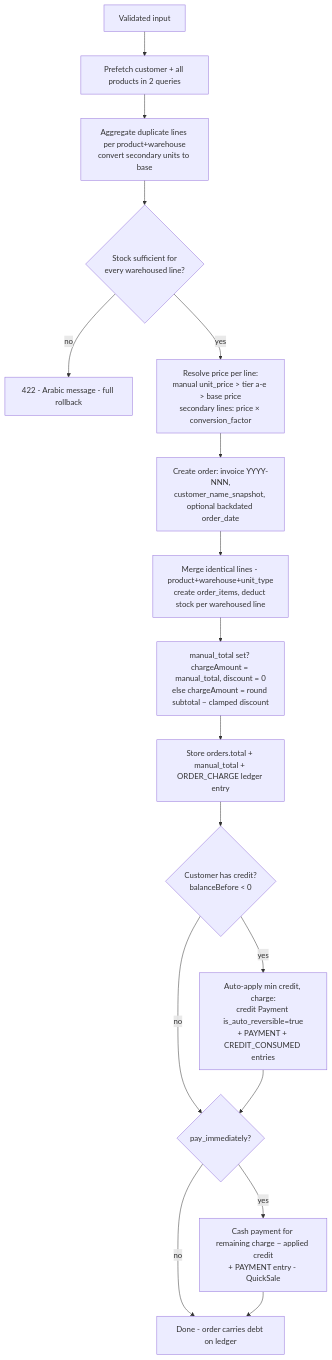
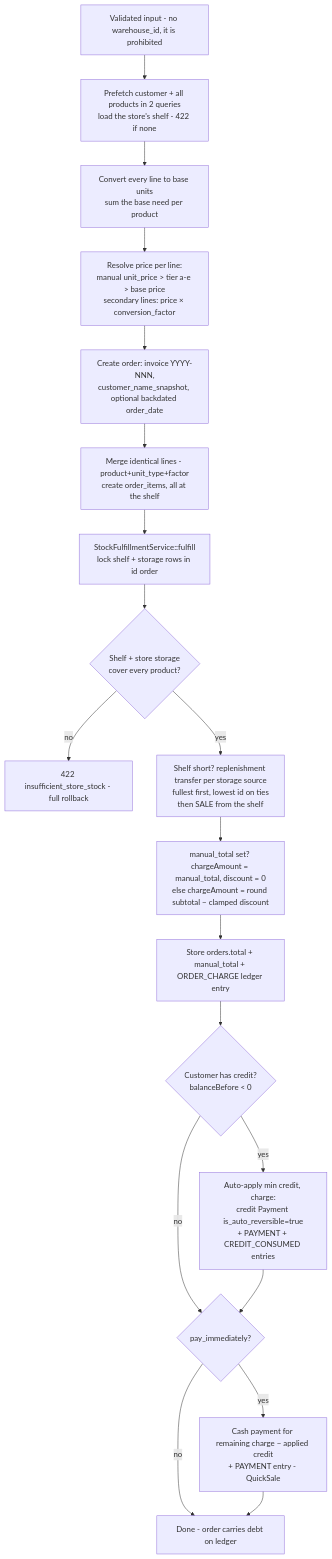
The first of 2 diagrams in docs/07-business-rules/order-lifecycle.md (AhmedNoaman602/multidukkan), drawn with Mermaid before and after one commit. The commit also changed other lines of this file and 4 other files, not shown here.

First line of the commit message:
docs(orders): document shelf-first fulfillment

````diff
--- a/docs/07-business-rules/order-lifecycle.md
+++ b/docs/07-business-rules/order-lifecycle.md
@@ -7,19 +7,21 @@
 ```mermaid
 flowchart TD
-    A[Validated input] --> B[Prefetch customer + all products in 2 queries]
-    B --> C[Aggregate duplicate lines per product+warehouse<br/>convert secondary units to base]
-    C --> D{Stock sufficient for<br/>every warehoused line?}
-    D -- no --> X[422 - Arabic message - full rollback]
-    D -- yes --> E[Resolve price per line:<br/>manual unit_price > tier a-e > base price<br/>secondary lines: price × conversion_factor]
+    A[Validated input - no warehouse_id, it is prohibited] --> B[Prefetch customer + all products in 2 queries<br/>load the store's shelf - 422 if none]
+    B --> C[Convert every line to base units<br/>sum the base need per product]
+    C --> E[Resolve price per line:<br/>manual unit_price > tier a-e > base price<br/>secondary lines: price × conversion_factor]
     E --> F[Create order: invoice YYYY-NNN,<br/>customer_name_snapshot, optional backdated order_date]
-    F --> G[Merge identical lines - product+warehouse+unit_type<br/>create order_items, deduct stock per warehoused line]
-    G --> H[manual_total set? chargeAmount = manual_total, discount = 0<br/>else chargeAmount = round subtotal − clamped discount]
+    F --> G[Merge identical lines - product+unit_type+factor<br/>create order_items, all at the shelf]
+    G --> S[StockFulfillmentService::fulfill<br/>lock shelf + storage rows in id order]
+    S --> D{Shelf + store storage<br/>cover every product?}
+    D -- no --> X[422 insufficient_store_stock - full rollback]
+    D -- yes --> R[Shelf short? replenishment transfer per storage source<br/>fullest first, lowest id on ties<br/>then SALE from the shelf]
+    R --> H[manual_total set? chargeAmount = manual_total, discount = 0<br/>else chargeAmount = round subtotal − clamped discount]
     H --> I[Store orders.total + manual_total + ORDER_CHARGE ledger entry]
     I --> J{Customer has credit?<br/>balanceBefore < 0}
     J -- yes --> K[Auto-apply min credit, charge:<br/>credit Payment is_auto_reversible=true<br/>+ PAYMENT + CREDIT_CONSUMED entries]
     J -- no --> L{pay_immediately?}
     K --> L
     L -- yes --> M[Cash payment for remaining charge − applied credit<br/>+ PAYMENT entry - QuickSale]
     L -- no --> N[Done - order carries debt on ledger]
     M --> N
 ```
````
